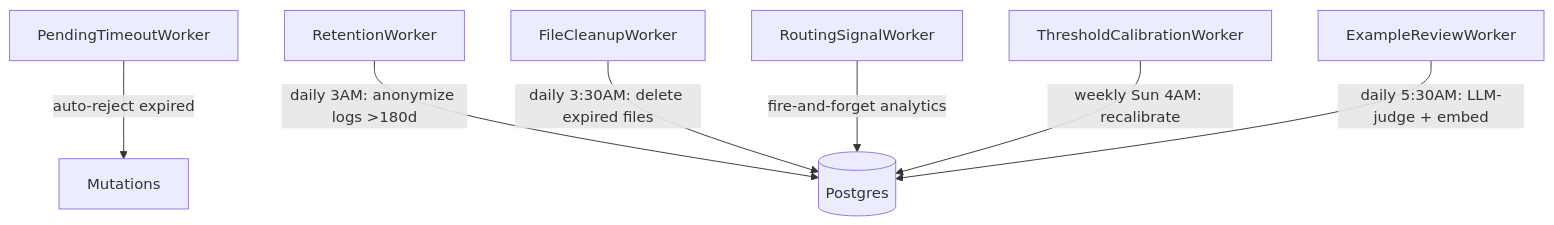
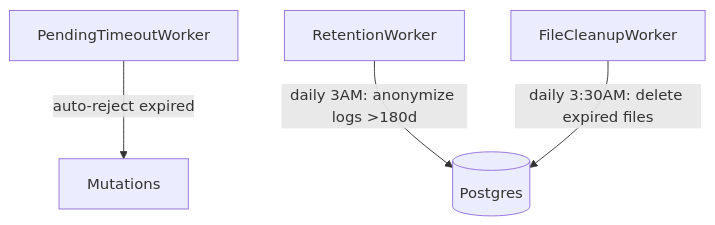
The fourth of 10 diagrams in README.md (ndrean/reactor-crm_ex), drawn with Mermaid before and after one commit. The commit also changed other lines of this file and 17 other files, not shown here.

````diff
--- a/README.md
+++ b/README.md
@@ -69,9 +67,6 @@
 ```mermaid
 graph TB
     PT[PendingTimeoutWorker] -->|auto-reject expired| M[Mutations]
     RW[RetentionWorker] -->|"daily 3AM: anonymize logs >180d"| DB[(Postgres)]
     FCW[FileCleanupWorker] -->|"daily 3:30AM: delete expired files"| DB
-    RSW[RoutingSignalWorker] -->|fire-and-forget analytics| DB
-    TCW[ThresholdCalibrationWorker] -->|"weekly Sun 4AM: recalibrate"| DB
-    ERW[ExampleReviewWorker] -->|"daily 5:30AM: LLM-judge + embed"| DB
 ```
````
